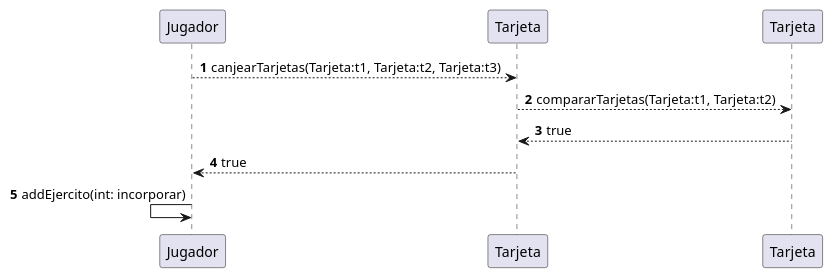
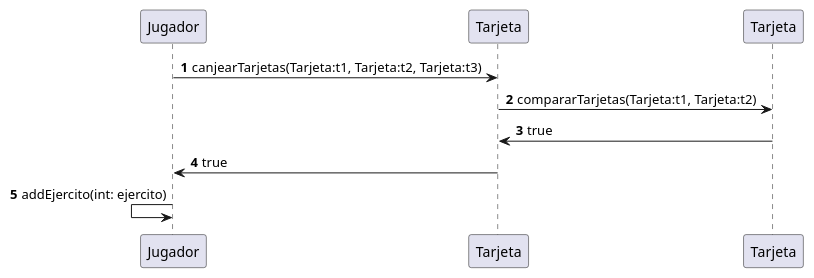
The diagram in diagramas/diagramaSecuenciaJugadorCanjeaTarjetas.puml (tomasshiao/TP2_Algo3), drawn with PlantUML before and after one commit. The commit also changed 1 other file, not shown here.

Commit message:
update diagramas
se actualizan diagrama de clase tarjetas y de secuencia jugadorCanjeaTarjetas

```diff
--- a/diagramas/diagramaSecuenciaJugadorCanjeaTarjetas.puml
+++ b/diagramas/diagramaSecuenciaJugadorCanjeaTarjetas.puml
@@ -1,15 +1,15 @@
 @startuml
 'https://plantuml.com/sequence-diagram
 
 autonumber
 participant "Jugador" as Jugador
 participant "Tarjeta" as Tarjeta1
 participant "Tarjeta" as Tarjeta2
 
-Jugador-->Tarjeta1: canjearTarjetas(Tarjeta:t1, Tarjeta:t2, Tarjeta:t3)
-Tarjeta1-->Tarjeta2: compararTarjetas(Tarjeta:t1, Tarjeta:t2)
-Tarjeta2-->Tarjeta1: true
-Tarjeta1-->Jugador: true
-Jugador<-Jugador: addEjercito(int: incorporar)
+Jugador->Tarjeta1: canjearTarjetas(Tarjeta:t1, Tarjeta:t2, Tarjeta:t3)
+Tarjeta1->Tarjeta2: compararTarjetas(Tarjeta:t1, Tarjeta:t2)
+Tarjeta2->Tarjeta1: true
+Tarjeta1->Jugador: true
+Jugador<-Jugador: addEjercito(int: ejercito)
 
 @enduml
```
